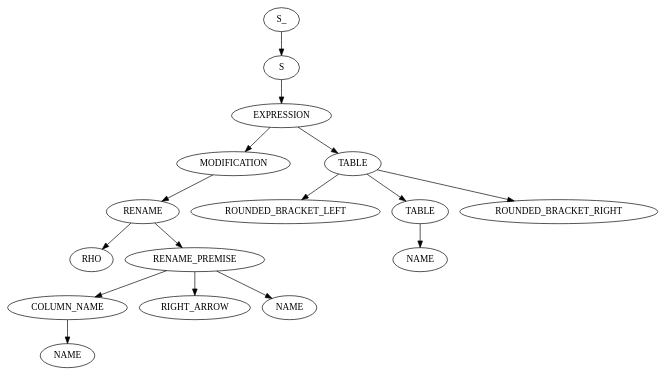
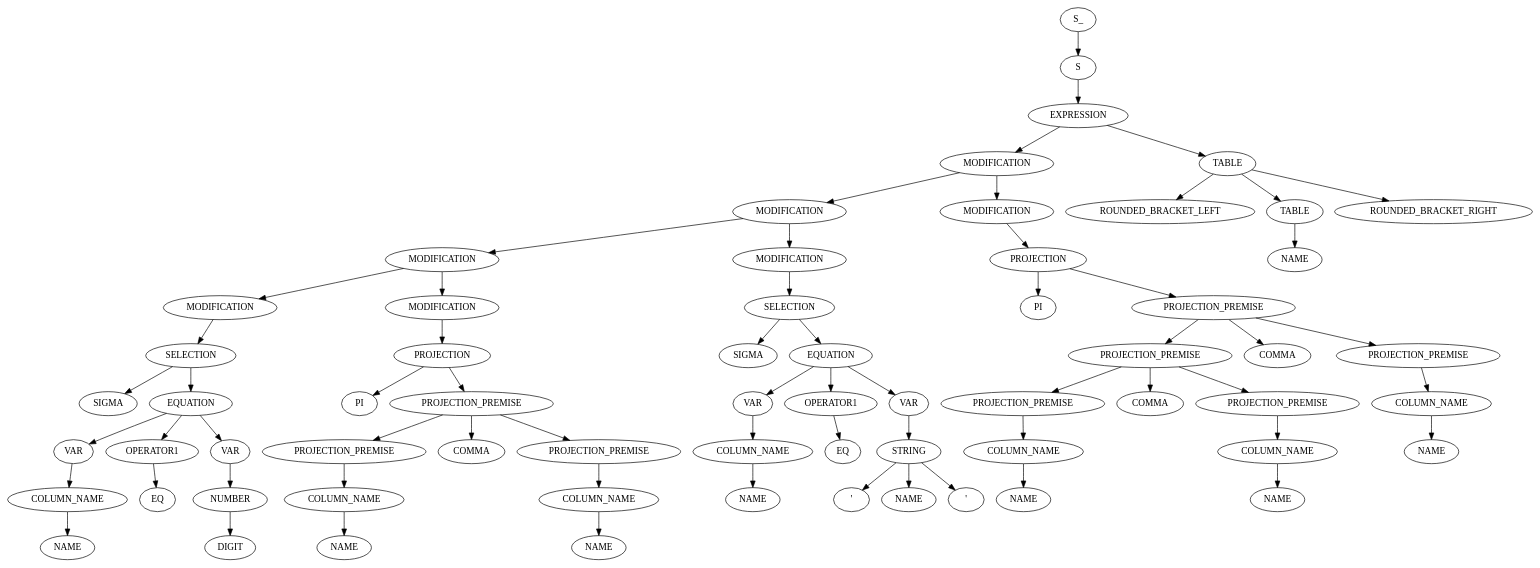
Before and after one commit to RobbeNooyens/RATSQL: the diagram in output/out.dot, drawn with Graphviz. The commit also changed 2 other files, not shown here.

```diff
--- a/output/out.dot
+++ b/output/out.dot
@@ -1,33 +1,129 @@
 digraph ParseTree {
   0 [label="S_"];
   0 -> 1
   1 [label="S"];
   1 -> 2
   2 [label="EXPRESSION"];
   2 -> 3
   3 [label="MODIFICATION"];
   3 -> 4
-  4 [label="RENAME"];
+  4 [label="MODIFICATION"];
   4 -> 5
-  5 [label="RHO"];
-  4 -> 6
-  6 [label="RENAME_PREMISE"];
+  5 [label="MODIFICATION"];
+  5 -> 6
+  6 [label="MODIFICATION"];
   6 -> 7
-  7 [label="COLUMN_NAME"];
+  7 [label="SELECTION"];
   7 -> 8
-  8 [label="NAME"];
-  6 -> 9
-  9 [label="RIGHT_ARROW"];
-  6 -> 10
-  10 [label="NAME"];
-  2 -> 11
-  11 [label="TABLE"];
+  8 [label="SIGMA"];
+  7 -> 9
+  9 [label="EQUATION"];
+  9 -> 10
+  10 [label="VAR"];
+  10 -> 11
+  11 [label="COLUMN_NAME"];
   11 -> 12
-  12 [label="ROUNDED_BRACKET_LEFT"];
-  11 -> 13
-  13 [label="TABLE"];
+  12 [label="NAME"];
+  9 -> 13
+  13 [label="OPERATOR1"];
   13 -> 14
-  14 [label="NAME"];
-  11 -> 15
-  15 [label="ROUNDED_BRACKET_RIGHT"];
+  14 [label="EQ"];
+  9 -> 15
+  15 [label="VAR"];
+  15 -> 16
+  16 [label="NUMBER"];
+  16 -> 17
+  17 [label="DIGIT"];
+  5 -> 18
+  18 [label="MODIFICATION"];
+  18 -> 19
+  19 [label="PROJECTION"];
+  19 -> 20
+  20 [label="PI"];
+  19 -> 21
+  21 [label="PROJECTION_PREMISE"];
+  21 -> 22
+  22 [label="PROJECTION_PREMISE"];
+  22 -> 23
+  23 [label="COLUMN_NAME"];
+  23 -> 24
+  24 [label="NAME"];
+  21 -> 25
+  25 [label="COMMA"];
+  21 -> 26
+  26 [label="PROJECTION_PREMISE"];
+  26 -> 27
+  27 [label="COLUMN_NAME"];
+  27 -> 28
+  28 [label="NAME"];
+  4 -> 29
+  29 [label="MODIFICATION"];
+  29 -> 30
+  30 [label="SELECTION"];
+  30 -> 31
+  31 [label="SIGMA"];
+  30 -> 32
+  32 [label="EQUATION"];
+  32 -> 33
+  33 [label="VAR"];
+  33 -> 34
+  34 [label="COLUMN_NAME"];
+  34 -> 35
+  35 [label="NAME"];
+  32 -> 36
+  36 [label="OPERATOR1"];
+  36 -> 37
+  37 [label="EQ"];
+  32 -> 38
+  38 [label="VAR"];
+  38 -> 39
+  39 [label="STRING"];
+  39 -> 40
+  40 [label="'"];
+  39 -> 41
+  41 [label="NAME"];
+  39 -> 42
+  42 [label="'"];
+  3 -> 43
+  43 [label="MODIFICATION"];
+  43 -> 44
+  44 [label="PROJECTION"];
+  44 -> 45
+  45 [label="PI"];
+  44 -> 46
+  46 [label="PROJECTION_PREMISE"];
+  46 -> 47
+  47 [label="PROJECTION_PREMISE"];
+  47 -> 48
+  48 [label="PROJECTION_PREMISE"];
+  48 -> 49
+  49 [label="COLUMN_NAME"];
+  49 -> 50
+  50 [label="NAME"];
+  47 -> 51
+  51 [label="COMMA"];
+  47 -> 52
+  52 [label="PROJECTION_PREMISE"];
+  52 -> 53
+  53 [label="COLUMN_NAME"];
+  53 -> 54
+  54 [label="NAME"];
+  46 -> 55
+  55 [label="COMMA"];
+  46 -> 56
+  56 [label="PROJECTION_PREMISE"];
+  56 -> 57
+  57 [label="COLUMN_NAME"];
+  57 -> 58
+  58 [label="NAME"];
+  2 -> 59
+  59 [label="TABLE"];
+  59 -> 60
+  60 [label="ROUNDED_BRACKET_LEFT"];
+  59 -> 61
+  61 [label="TABLE"];
+  61 -> 62
+  62 [label="NAME"];
+  59 -> 63
+  63 [label="ROUNDED_BRACKET_RIGHT"];
 }
```
